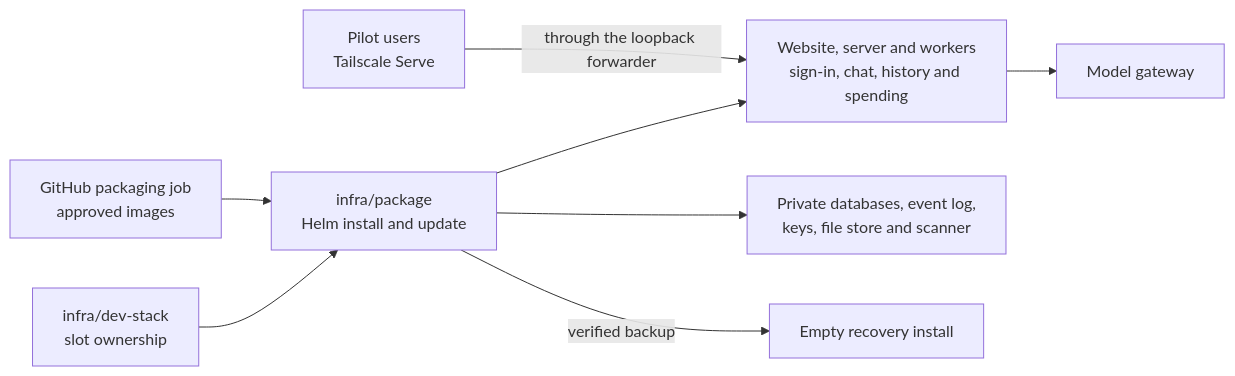
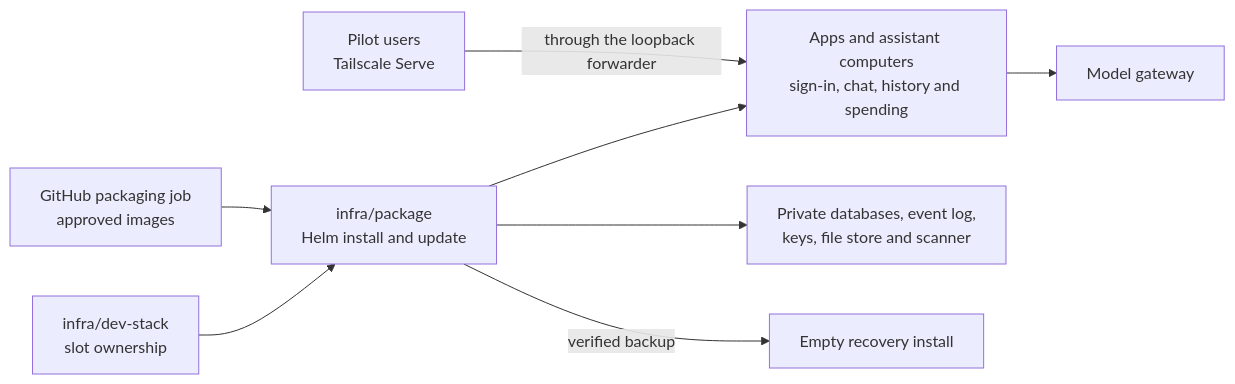
Before and after one commit to elewa-git/opencrane-new: the diagram in infra/package/README.md, drawn with Mermaid. The commit also changed other lines of this file and 104 other files, not shown here.

````diff
--- a/infra/package/README.md
+++ b/infra/package/README.md
@@ -19,10 +19,10 @@
 ```mermaid
 flowchart LR
   stack["infra/dev-stack<br/>slot ownership"] --> package["infra/package<br/>Helm install and update"]
   ci["GitHub packaging job<br/>approved images"] --> package
-  package --> apps["Website, server and workers<br/>sign-in, chat, history and spending"]
+  package --> apps["Apps and assistant computers<br/>sign-in, chat, history and spending"]
   tailnet["Pilot users<br/>Tailscale Serve"] -->|through the loopback forwarder| apps
   package --> services["Private databases, event log,<br/>keys, file store and scanner"]
   apps --> models["Model gateway"]
   package -->|verified backup| recovery["Empty recovery install"]
 ```
````
